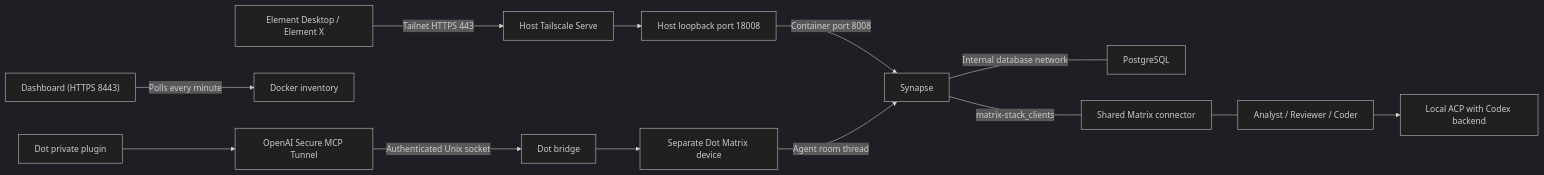
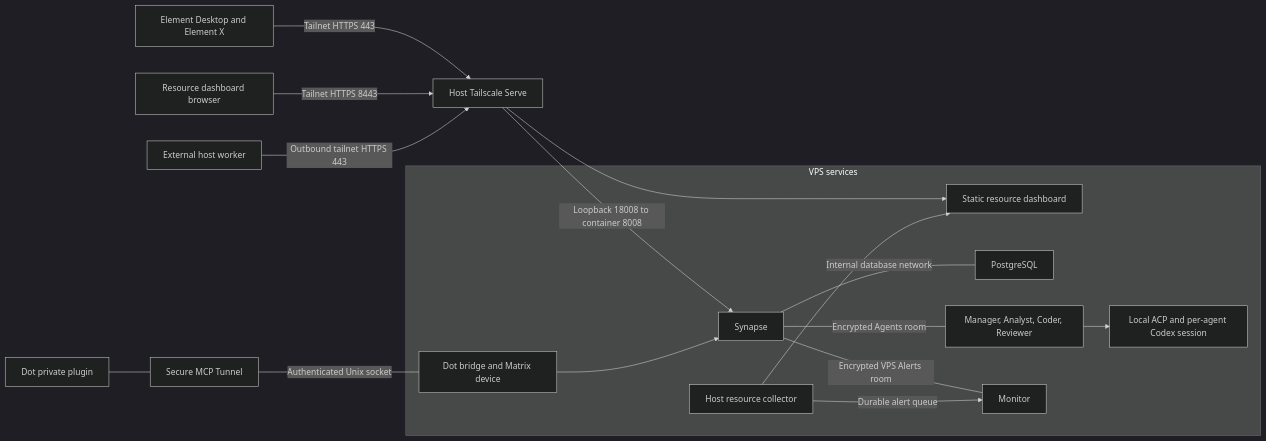
Before and after one commit to Brotherhood94/always-on-constellation-matrix: the first of 2 diagrams in docs/architecture.md, drawn with Mermaid (dark theme). The commit also changed other lines of this file and 3 other files, not shown here.

Commit message:
Update Matrix VPS architecture and deployment runbook

````diff
--- a/docs/architecture.md
+++ b/docs/architecture.md
@@ -7,16 +7,19 @@
 ```mermaid
 flowchart LR
-    Clients["Element Desktop / Element X"] -->|"Tailnet HTTPS 443"| Serve["Host Tailscale Serve"]
-    Serve --> Loopback["Host loopback port 18008"]
-    Loopback -->|"Container port 8008"| Synapse["Synapse"]
-    Dashboard["Dashboard (HTTPS 8443)"]
-    Dashboard -->|"Polls every minute"| Inventory["Docker inventory"]
-    Synapse ---|"Internal database network"| Postgres["PostgreSQL"]
-    Synapse ---|"matrix-stack_clients"| Connector["Shared Matrix connector"]
-    Connector --- Workers["Analyst / Reviewer / Coder"]
-    Workers --> ACP["Local ACP with Codex backend"]
-    Plugin["Dot private plugin"] --> Tunnel["OpenAI Secure MCP Tunnel"]
-    Tunnel -->|"Authenticated Unix socket"| Bridge["Dot bridge"]
-    Bridge --> Device["Separate Dot Matrix device"]
-    Device -->|"Agent room thread"| Synapse
+    Element["Element Desktop and Element X"] -->|"Tailnet HTTPS 443"| Serve["Host Tailscale Serve"]
+    Browser["Resource dashboard browser"] -->|"Tailnet HTTPS 8443"| Serve
+    Serve -->|"Loopback 18008 to container 8008"| Synapse["Synapse"]
+    Serve --> Dashboard["Static resource dashboard"]
+    subgraph VPS["VPS services"]
+        Synapse ---|"Internal database network"| Postgres["PostgreSQL"]
+        Synapse ---|"Encrypted Agents room"| Agents["Manager, Analyst, Coder, Reviewer"]
+        Agents --> ACP["Local ACP and per-agent Codex session"]
+        Synapse ---|"Encrypted VPS Alerts room"| Monitor["Monitor"]
+        Collector["Host resource collector"] --> Dashboard
+        Collector -->|"Durable alert queue"| Monitor
+        Bridge["Dot bridge and Matrix device"] --> Synapse
+    end
+    Plugin["Dot private plugin"] --- Tunnel["Secure MCP Tunnel"]
+    Tunnel ---|"Authenticated Unix socket"| Bridge
+    External["External host worker"] -->|"Outbound tailnet HTTPS 443"| Serve
 ```
````
